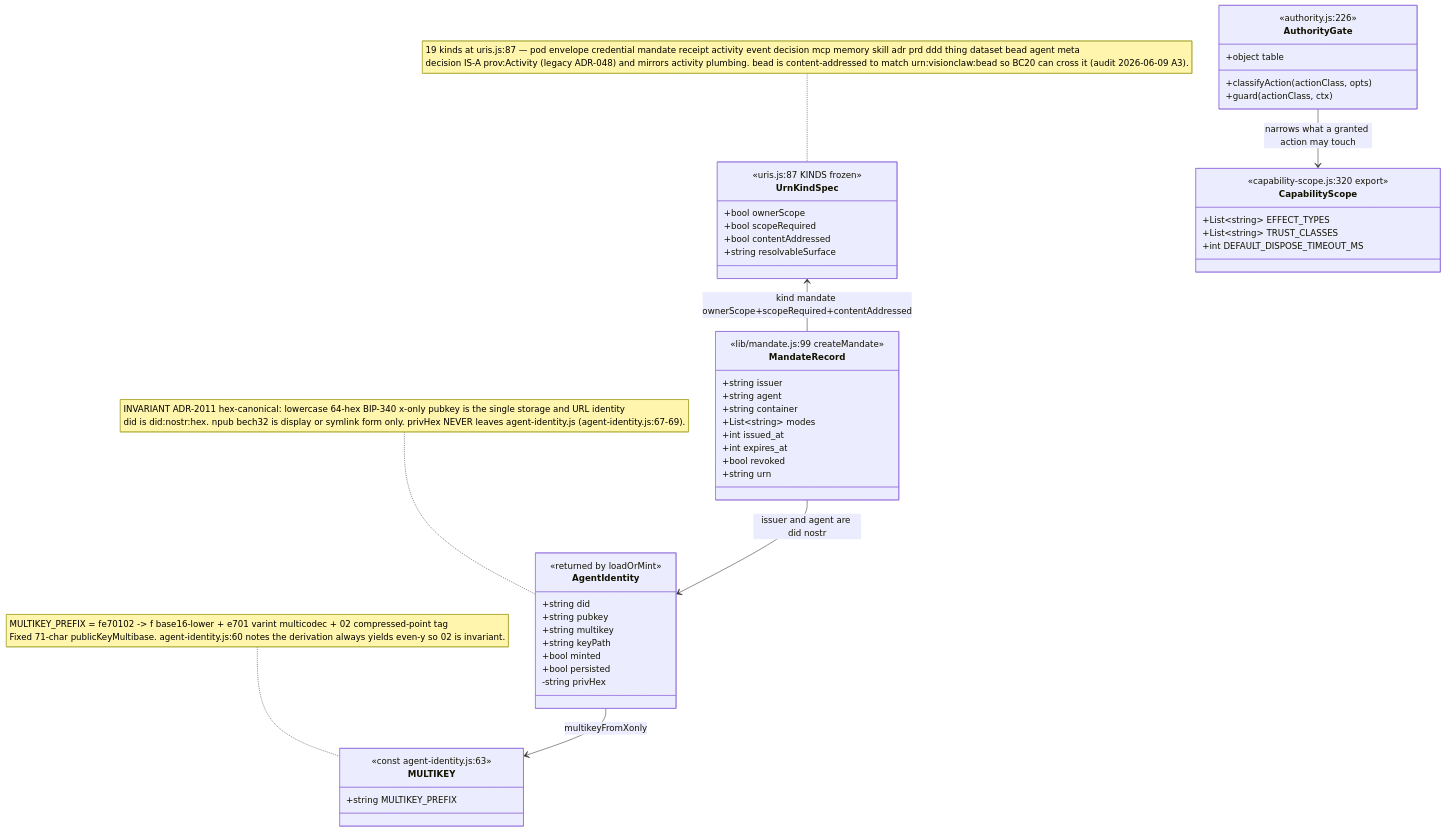
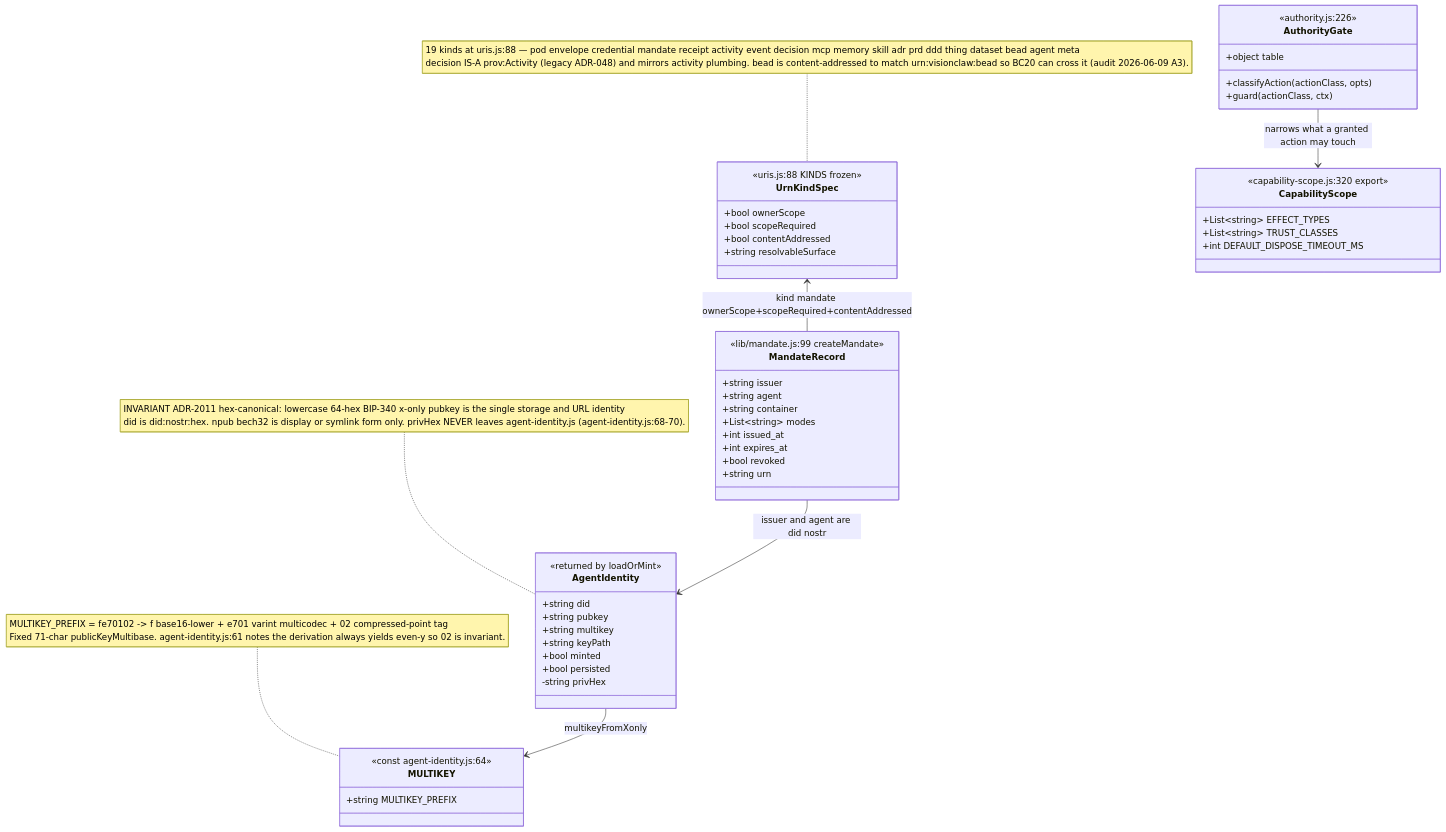
The first of 16 diagrams in docs/diagrams/agentbox/11-identity-did-mandate-authority.md (DreamLab-AI/VisionFlow), drawn with Mermaid before and after one commit. The commit also changed other lines of this file and 111 other files, not shown here.

Commit message:
docs(diagrams): align estate maps with current source

````diff
--- a/docs/diagrams/agentbox/11-identity-did-mandate-authority.md
+++ b/docs/diagrams/agentbox/11-identity-did-mandate-authority.md
@@ -42,54 +42,54 @@
 ```mermaid
 classDiagram
     class AgentIdentity {
         <<returned by loadOrMint>>
         +string did
         +string pubkey
         +string multikey
         +string keyPath
         +bool minted
         +bool persisted
         -string privHex
     }
     class MULTIKEY {
-        <<const agent-identity.js:63>>
+        <<const agent-identity.js:64>>
         +string MULTIKEY_PREFIX
     }
     class UrnKindSpec {
-        <<uris.js:87 KINDS frozen>>
+        <<uris.js:88 KINDS frozen>>
         +bool ownerScope
         +bool scopeRequired
         +bool contentAddressed
         +string resolvableSurface
     }
     class MandateRecord {
         <<lib/mandate.js:99 createMandate>>
         +string issuer
         +string agent
         +string container
         +List~string~ modes
         +int issued_at
         +int expires_at
         +bool revoked
         +string urn
     }
     class AuthorityGate {
         <<authority.js:226>>
         +object table
         +classifyAction(actionClass, opts)
         +guard(actionClass, ctx)
     }
     class CapabilityScope {
         <<capability-scope.js:320 export>>
         +List~string~ EFFECT_TYPES
         +List~string~ TRUST_CLASSES
         +int DEFAULT_DISPOSE_TIMEOUT_MS
     }
     AgentIdentity --> MULTIKEY : multikeyFromXonly
     UrnKindSpec <-- MandateRecord : kind mandate ownerScope+scopeRequired+contentAddressed
     MandateRecord --> AgentIdentity : issuer and agent are did nostr
     AuthorityGate --> CapabilityScope : narrows what a granted action may touch
-    note for MULTIKEY "MULTIKEY_PREFIX = fe70102 -> f base16-lower + e701 varint multicodec + 02 compressed-point tag<br/>Fixed 71-char publicKeyMultibase. agent-identity.js:60 notes the derivation always yields even-y so 02 is invariant."
-    note for AgentIdentity "INVARIANT ADR-2011 hex-canonical: lowercase 64-hex BIP-340 x-only pubkey is the single storage and URL identity<br/>did is did:nostr:hex. npub bech32 is display or symlink form only. privHex NEVER leaves agent-identity.js (agent-identity.js:67-69)."
-    note for UrnKindSpec "19 kinds at uris.js:87 — pod envelope credential mandate receipt activity event decision mcp memory skill adr prd ddd thing dataset bead agent meta<br/>decision IS-A prov:Activity (legacy ADR-048) and mirrors activity plumbing. bead is content-addressed to match urn:visionclaw:bead so BC20 can cross it (audit 2026-06-09 A3)."
+    note for MULTIKEY "MULTIKEY_PREFIX = fe70102 -> f base16-lower + e701 varint multicodec + 02 compressed-point tag<br/>Fixed 71-char publicKeyMultibase. agent-identity.js:61 notes the derivation always yields even-y so 02 is invariant."
+    note for AgentIdentity "INVARIANT ADR-2011 hex-canonical: lowercase 64-hex BIP-340 x-only pubkey is the single storage and URL identity<br/>did is did:nostr:hex. npub bech32 is display or symlink form only. privHex NEVER leaves agent-identity.js (agent-identity.js:68-70)."
+    note for UrnKindSpec "19 kinds at uris.js:88 — pod envelope credential mandate receipt activity event decision mcp memory skill adr prd ddd thing dataset bead agent meta<br/>decision IS-A prov:Activity (legacy ADR-048) and mirrors activity plumbing. bead is content-addressed to match urn:visionclaw:bead so BC20 can cross it (audit 2026-06-09 A3)."
 ```
````
